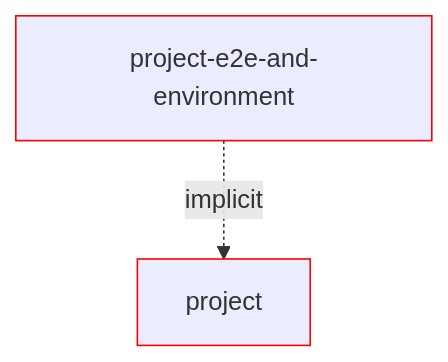
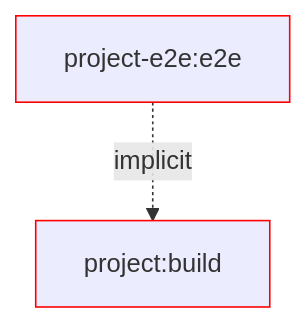
Before and after one commit to push-based/nx-verdaccio: the second of 6 diagrams in README.md, drawn with Mermaid. The commit also changed other lines of this file, not shown here.

Commit message:
docs(build-env): adopt task graph diagrams

````diff
--- a/README.md
+++ b/README.md
@@ -64,6 +64,6 @@
 ```mermaid
 flowchart TB
-project-e2e-and-environment:::project-e2e-and-environment-.implicit.->project:::project;
-classDef project-e2e-and-environment stroke:#f00
-classDef project stroke:#f00
+P[project-e2e:e2e]:::e2e-.implicit.->E[project:build]:::build;
+classDef e2e stroke:#f00
+classDef build stroke:#f00
 ```
````
